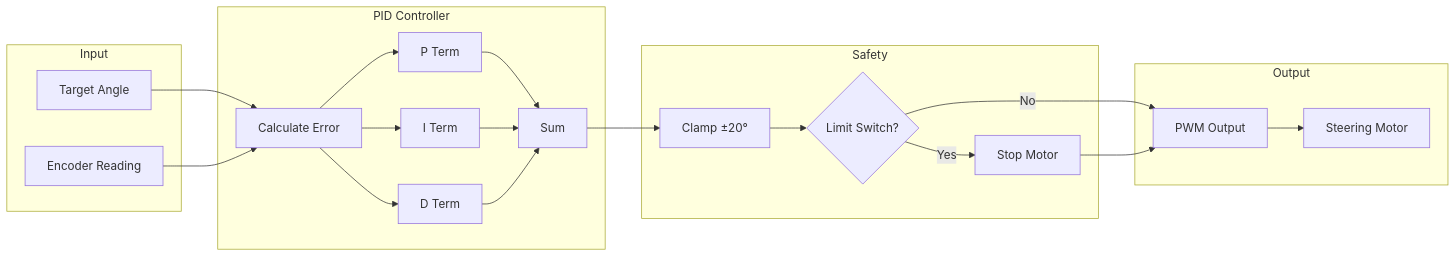
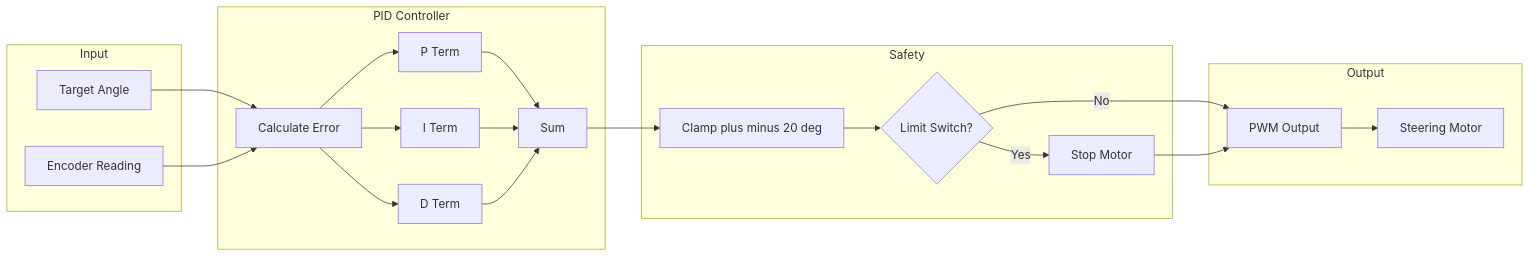
One commit to KashmeeraTT/Ackerman_UGV changed diagram 11 of 13 in SYSTEM_DOCUMENTATION.md. Above: the diagram before and after it, drawn with Mermaid. The commit also changed other lines of this file, not shown here.

Commit message:
docs: Simplify mermaid diagram labels, subgraph titles, and minor text for improved readability.

````diff
--- a/SYSTEM_DOCUMENTATION.md
+++ b/SYSTEM_DOCUMENTATION.md
@@ -512,41 +511,41 @@
 ```mermaid
 flowchart LR
-    subgraph Input
+    subgraph Input[Input]
         TARGET[Target Angle]
         ENCODER[Encoder Reading]
     end
     
-    subgraph PID["PID Controller"]
+    subgraph PID[PID Controller]
         ERROR[Calculate Error]
         P[P Term]
         I[I Term]
         D[D Term]
         SUM[Sum]
     end
     
-    subgraph Safety
-        CLAMP[Clamp ±20°]
+    subgraph Safety[Safety]
+        CLAMP[Clamp plus minus 20 deg]
         LIMIT{Limit Switch?}
         STOP[Stop Motor]
     end
     
-    subgraph Output
+    subgraph Output[Output]
         PWM[PWM Output]
         MOTOR[Steering Motor]
     end
     
     TARGET --> ERROR
     ENCODER --> ERROR
     ERROR --> P
     ERROR --> I
     ERROR --> D
     P --> SUM
     I --> SUM
     D --> SUM
     SUM --> CLAMP
     CLAMP --> LIMIT
     LIMIT -->|Yes| STOP
     LIMIT -->|No| PWM
     STOP --> PWM
     PWM --> MOTOR
 ```
````
